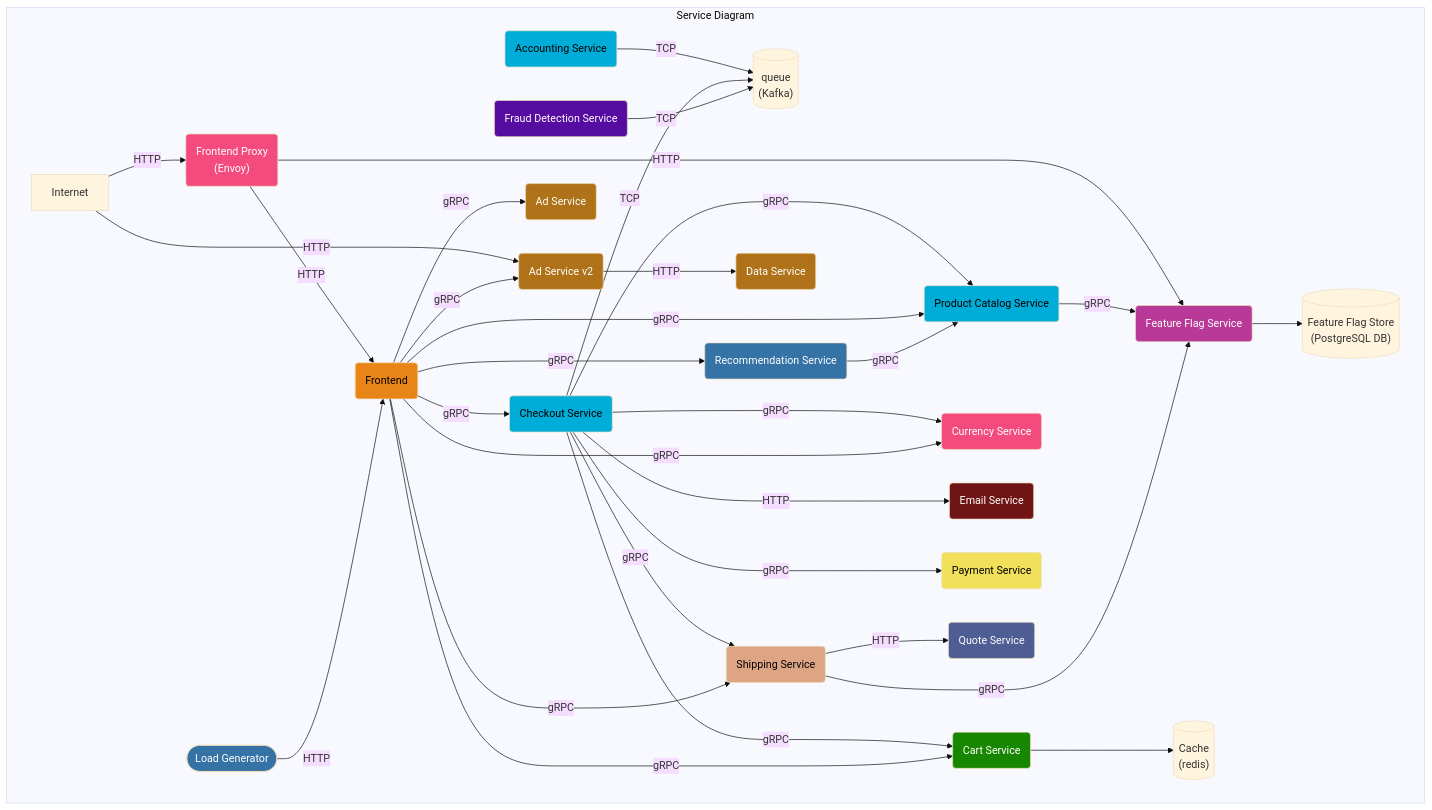
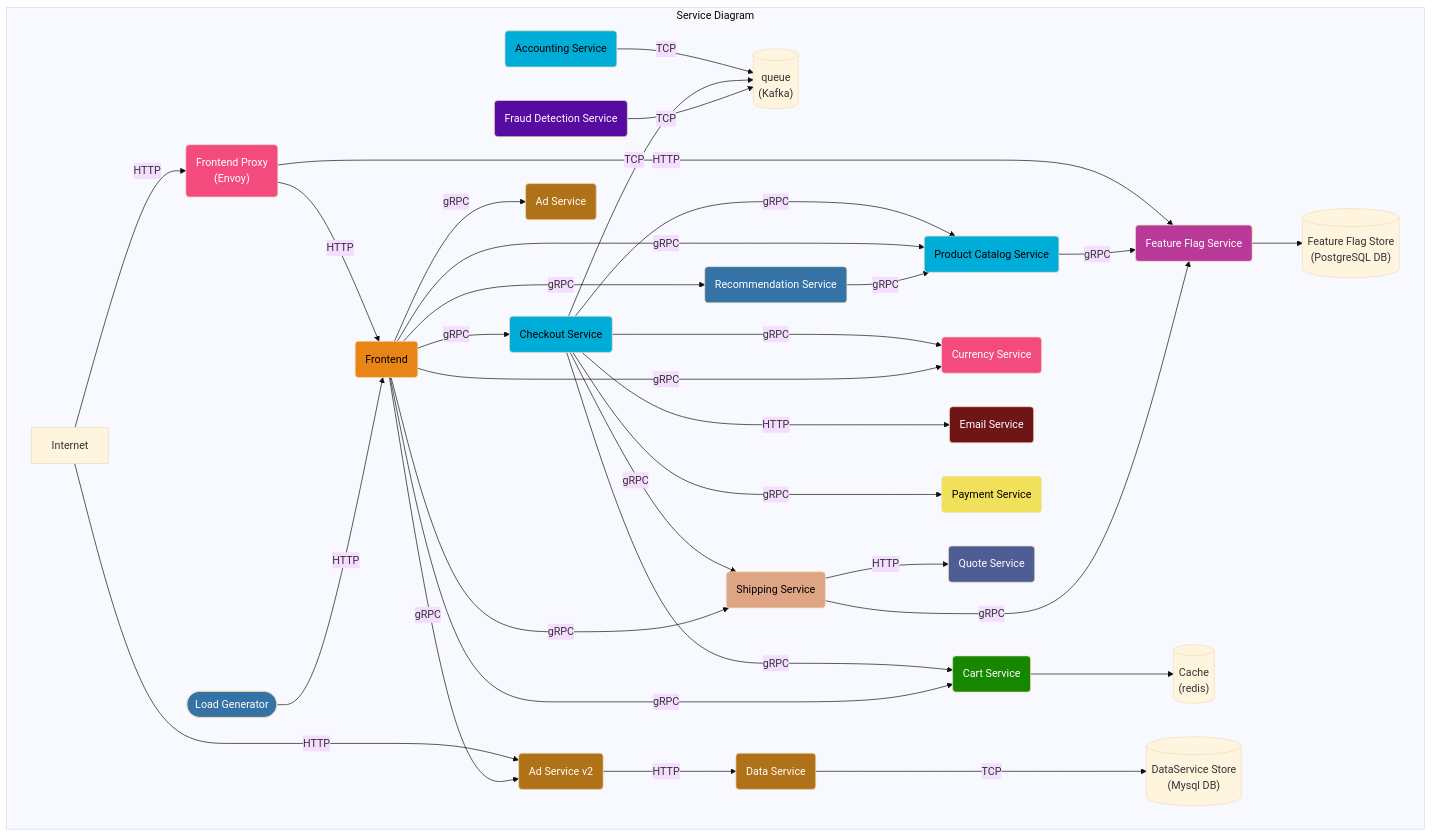
One commit to open-telemetry/opentelemetry-demo changed the first of 3 diagrams in docs/current_architecture.md. Above: the diagram before and after it, drawn with Mermaid (base theme).

````diff
--- a/docs/current_architecture.md
+++ b/docs/current_architecture.md
@@ -7,75 +7,77 @@
 ```mermaid
 graph TD
 subgraph Service Diagram
 accountingservice(Accounting Service):::golang
 adservice(Ad Service):::java
 adservice-v2(Ad Service v2):::java
 dataservice(Data Service):::java
 cache[(Cache<br/>&#40redis&#41)]
 cartservice(Cart Service):::dotnet
 checkoutservice(Checkout Service):::golang
 currencyservice(Currency Service):::cpp
 emailservice(Email Service):::ruby
 frauddetectionservice(Fraud Detection Service):::kotlin
 frontend(Frontend):::typescript
 frontendproxy(Frontend Proxy <br/>&#40Envoy&#41):::cpp
 loadgenerator([Load Generator]):::python
 paymentservice(Payment Service):::javascript
 productcatalogservice(Product Catalog Service):::golang
 quoteservice(Quote Service):::php
 recommendationservice(Recommendation Service):::python
 shippingservice(Shipping Service):::rust
 featureflagservice(Feature Flag Service):::erlang
+adstore[(DataService Store<br/>&#40Mysql DB&#41)]
 featureflagstore[(Feature Flag Store<br/>&#40PostgreSQL DB&#41)]
 queue[(queue<br/>&#40Kafka&#41)]
 
 Internet -->|HTTP| frontendproxy
 Internet -->|HTTP| adservice-v2
 frontendproxy -->|HTTP| frontend
 frontendproxy -->|HTTP| featureflagservice
 loadgenerator -->|HTTP| frontend
 
 accountingservice -->|TCP| queue
 
 checkoutservice --->|gRPC| cartservice --> cache
 checkoutservice --->|gRPC| productcatalogservice
 checkoutservice --->|gRPC| currencyservice
 checkoutservice --->|HTTP| emailservice
 checkoutservice --->|gRPC| paymentservice
 checkoutservice -->|gRPC| shippingservice
 checkoutservice -->|TCP| queue
 
 frontend -->|gRPC| adservice
 frontend -->|gRPC| adservice-v2
 frontend -->|gRPC| cartservice
 frontend -->|gRPC| productcatalogservice
 frontend -->|gRPC| checkoutservice
 frontend -->|gRPC| currencyservice
 frontend -->|gRPC| recommendationservice -->|gRPC| productcatalogservice
 frontend -->|gRPC| shippingservice -->|HTTP| quoteservice
 
 adservice-v2 -->|HTTP| dataservice
+dataservice ---> |TCP| adstore
 
 frauddetectionservice -->|TCP| queue
 
 productcatalogservice -->|gRPC| featureflagservice
 
 shippingservice -->|gRPC| featureflagservice
 
 featureflagservice --> featureflagstore
 
 end
 
 classDef dotnet fill:#178600,color:white;
 classDef cpp fill:#f34b7d,color:white;
 classDef erlang fill:#b83998,color:white;
 classDef golang fill:#00add8,color:black;
 classDef java fill:#b07219,color:white;
 classDef javascript fill:#f1e05a,color:black;
 classDef kotlin fill:#560ba1,color:white;
 classDef php fill:#4f5d95,color:white;
 classDef python fill:#3572A5,color:white;
 classDef ruby fill:#701516,color:white;
 classDef rust fill:#dea584,color:black;
 classDef typescript fill:#e98516,color:black;
 ```
````
